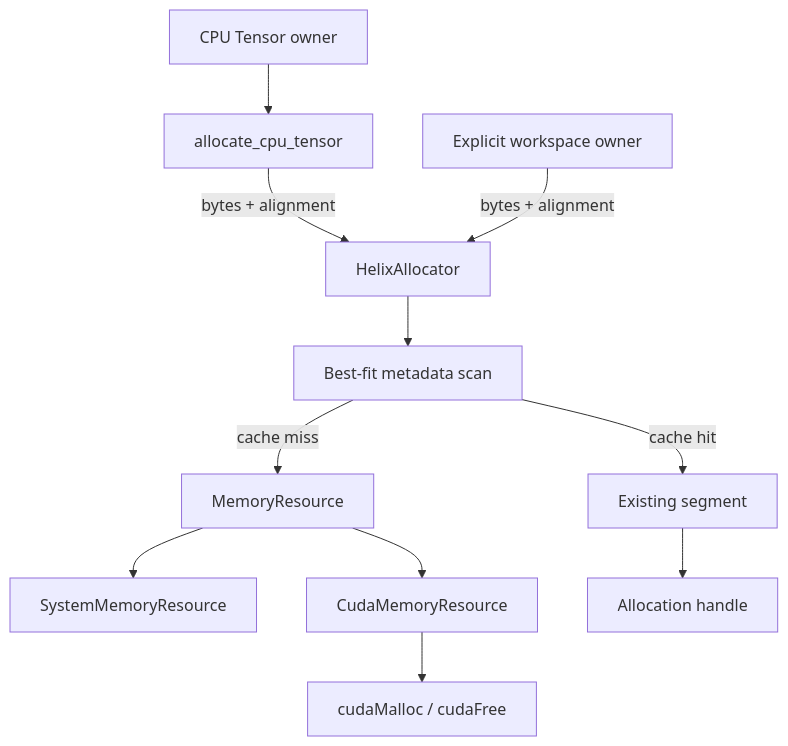
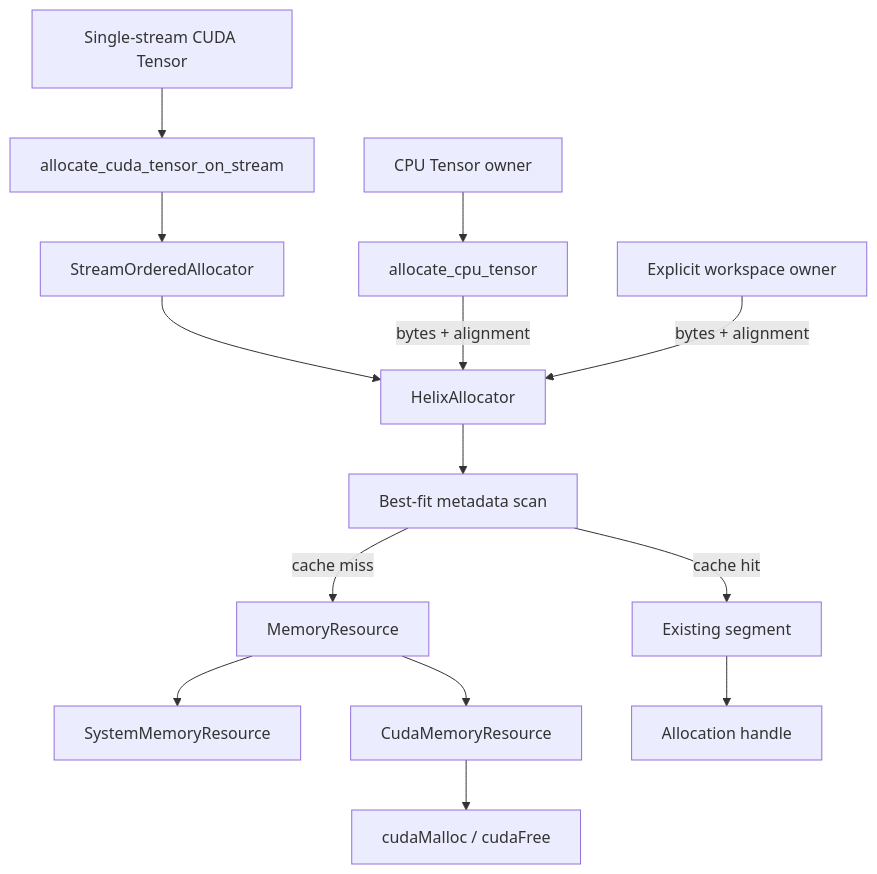
One commit to parthpandya5/helix-runtime changed the first of 5 diagrams in docs/MEMORY_ALLOCATOR.md. Above: the diagram before and after it, drawn with Mermaid. The commit also changed other lines of this file and 26 other files, not shown here.

Commit message:
feat(memory): add stream-bound CUDA tensor pooling

````diff
--- a/docs/MEMORY_ALLOCATOR.md
+++ b/docs/MEMORY_ALLOCATOR.md
@@ -33,13 +32,16 @@
 ```mermaid
 flowchart TD
     Tensor[CPU Tensor owner] --> Bridge[allocate_cpu_tensor]
+    DeviceTensor[Single-stream CUDA Tensor] --> DeviceBridge[allocate_cuda_tensor_on_stream]
+    DeviceBridge --> Deferred[StreamOrderedAllocator]
+    Deferred --> Allocator
     Bridge -->|bytes + alignment| Allocator[HelixAllocator]
     Workspace[Explicit workspace owner] -->|bytes + alignment| Allocator
     Allocator --> Scan[Best-fit metadata scan]
     Scan -->|cache hit| Segment[Existing segment]
     Scan -->|cache miss| Resource[MemoryResource]
     Resource --> Host[SystemMemoryResource]
     Resource --> CUDA[CudaMemoryResource]
     CUDA --> Native[cudaMalloc / cudaFree]
     Segment --> Handle[Allocation handle]
 ```
````
